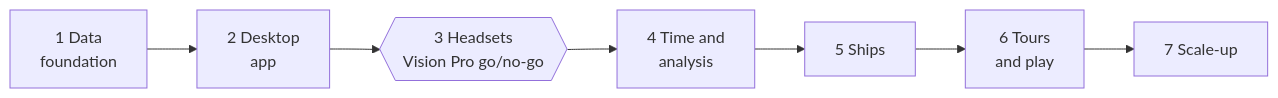
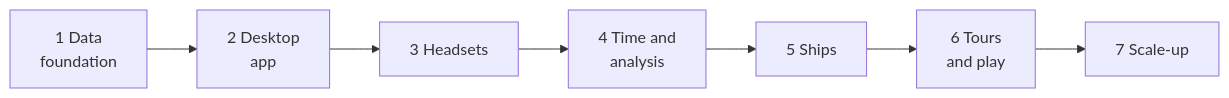
Before and after one commit to peterlharding/stellar-explorer: the diagram in docs/PLAN.md, drawn with Mermaid. The commit also changed other lines of this file and 3 other files, not shown here.

````diff
--- a/docs/PLAN.md
+++ b/docs/PLAN.md
@@ -9,4 +11,4 @@
 ```mermaid
 flowchart LR
-    p1["1 Data<br/>foundation"] --> p2["2 Desktop<br/>app"] --> p3{{"3 Headsets<br/>Vision Pro go/no-go"}} --> p4["4 Time and<br/>analysis"] --> p5["5 Ships"] --> p6["6 Tours<br/>and play"] --> p7["7 Scale-up"]
+    p1["1 Data<br/>foundation"] --> p2["2 Desktop<br/>app"] --> p3["3 Headsets"] --> p4["4 Time and<br/>analysis"] --> p5["5 Ships"] --> p6["6 Tours<br/>and play"] --> p7["7 Scale-up"]
 ```
````
